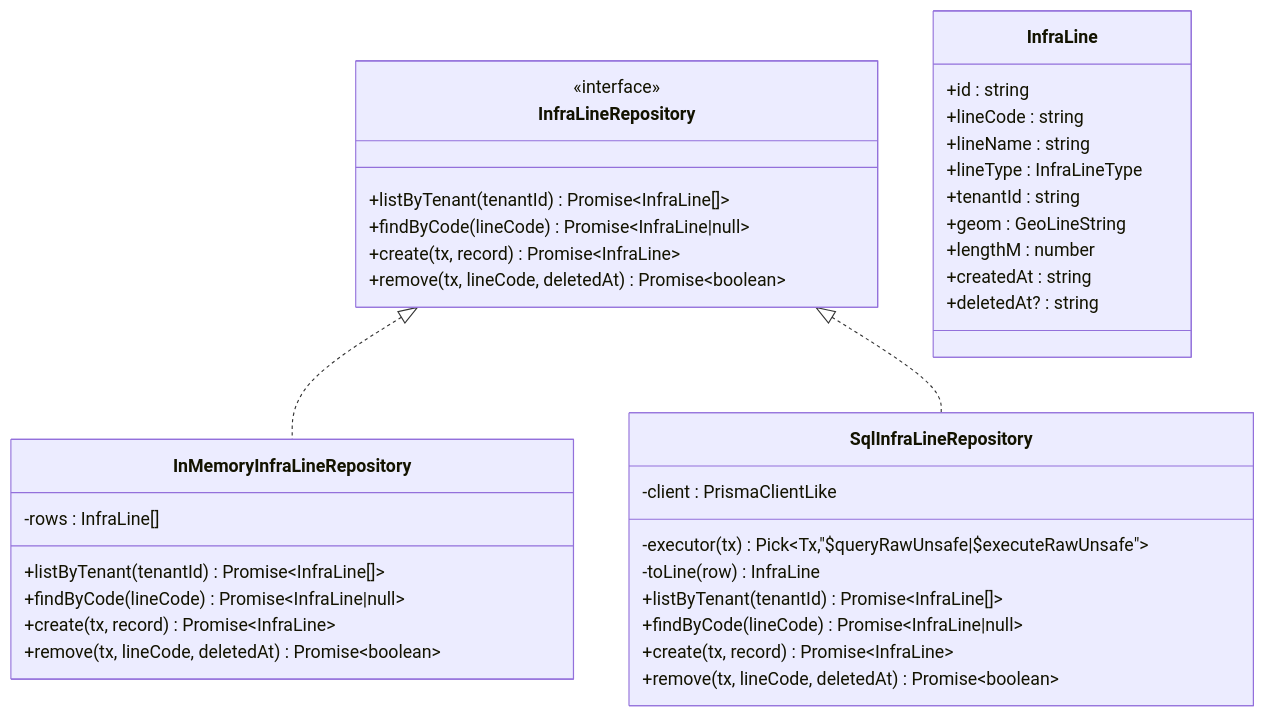
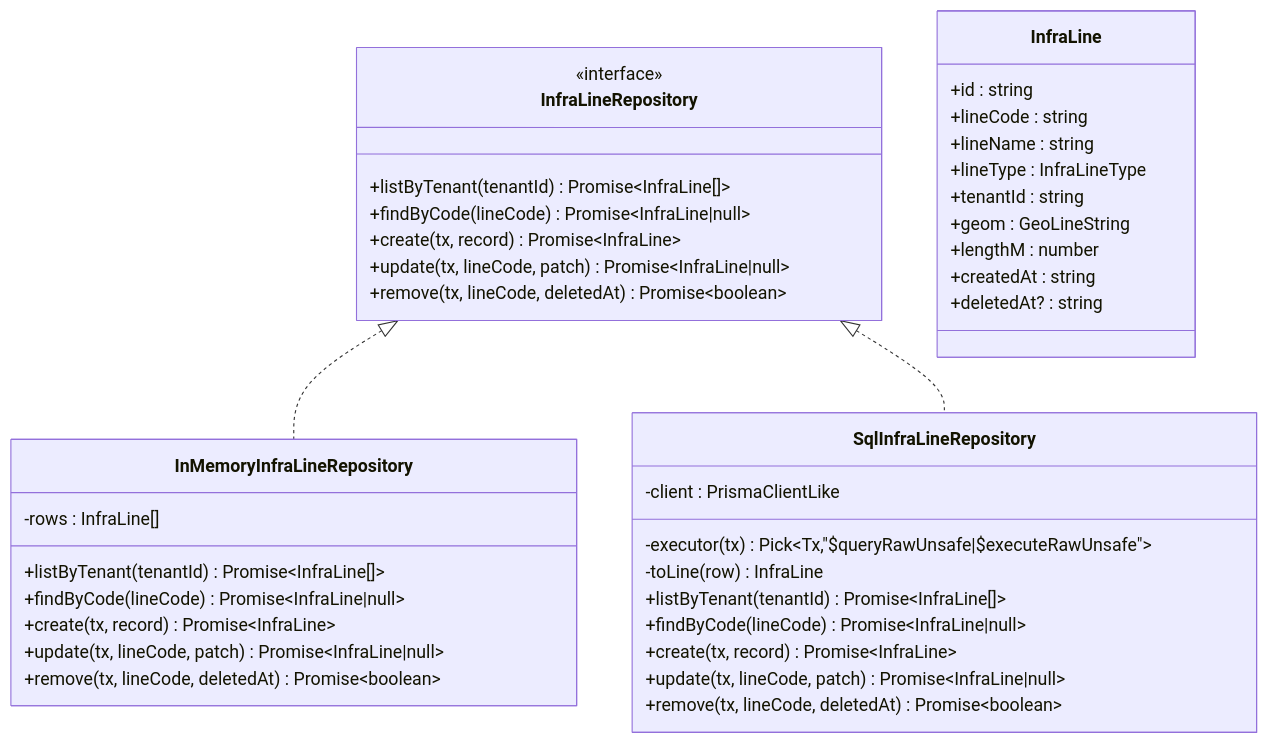
One commit to q446328246/agri-platform changed the seventh of 10 diagrams in .qoder/repowiki/zh/content/核心服务文档/地块管理服务.md. Above: the diagram before and after it, drawn with Mermaid. The commit also changed other lines of this file and 39 other files, not shown here.

````diff
--- a/.qoder/repowiki/zh/content/核心服务文档/地块管理服务.md
+++ b/.qoder/repowiki/zh/content/核心服务文档/地块管理服务.md
@@ -395,39 +417,42 @@
 ```mermaid
 classDiagram
 class InfraLineRepository {
 <<interface>>
 +listByTenant(tenantId) Promise~InfraLine[]~
 +findByCode(lineCode) Promise~InfraLine|null~
 +create(tx, record) Promise~InfraLine~
++update(tx, lineCode, patch) Promise~InfraLine|null~
 +remove(tx, lineCode, deletedAt) Promise~boolean~
 }
 class InfraLine {
 +id : string
 +lineCode : string
 +lineName : string
 +lineType : InfraLineType
 +tenantId : string
 +geom : GeoLineString
 +lengthM : number
 +createdAt : string
 +deletedAt? : string
 }
 class InMemoryInfraLineRepository {
 -rows : InfraLine[]
 +listByTenant(tenantId) Promise~InfraLine[]~
 +findByCode(lineCode) Promise~InfraLine|null~
 +create(tx, record) Promise~InfraLine~
++update(tx, lineCode, patch) Promise~InfraLine|null~
 +remove(tx, lineCode, deletedAt) Promise~boolean~
 }
 class SqlInfraLineRepository {
 -client : PrismaClientLike
 -executor(tx) Pick~Tx,"$queryRawUnsafe|$executeRawUnsafe"~
 -toLine(row) InfraLine
 +listByTenant(tenantId) Promise~InfraLine[]~
 +findByCode(lineCode) Promise~InfraLine|null~
 +create(tx, record) Promise~InfraLine~
++update(tx, lineCode, patch) Promise~InfraLine|null~
 +remove(tx, lineCode, deletedAt) Promise~boolean~
 }
 InfraLineRepository <|.. InMemoryInfraLineRepository
 InfraLineRepository <|.. SqlInfraLineRepository
 ```
````
